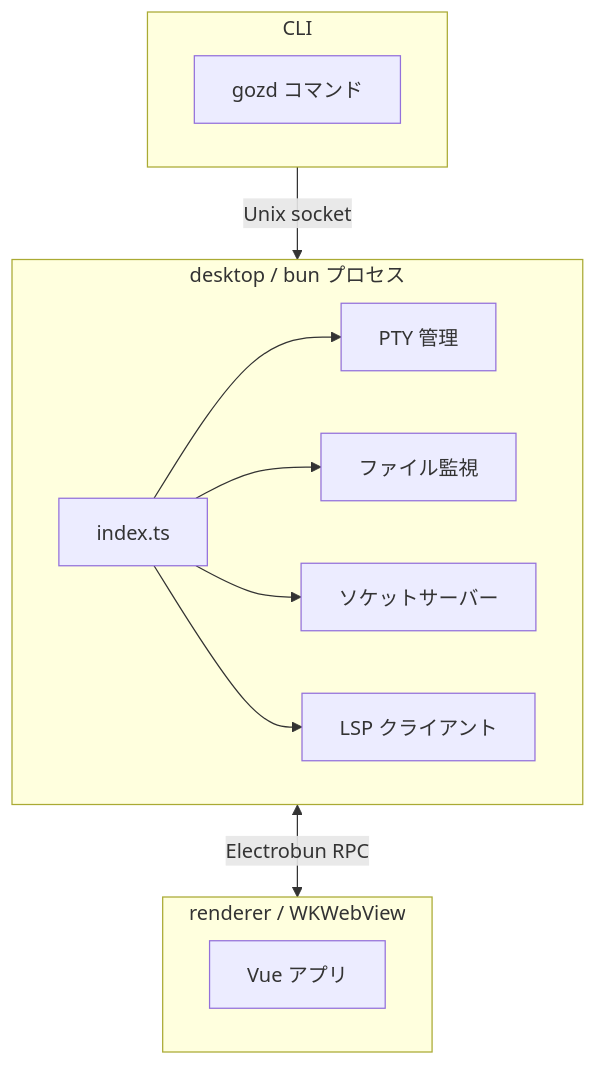
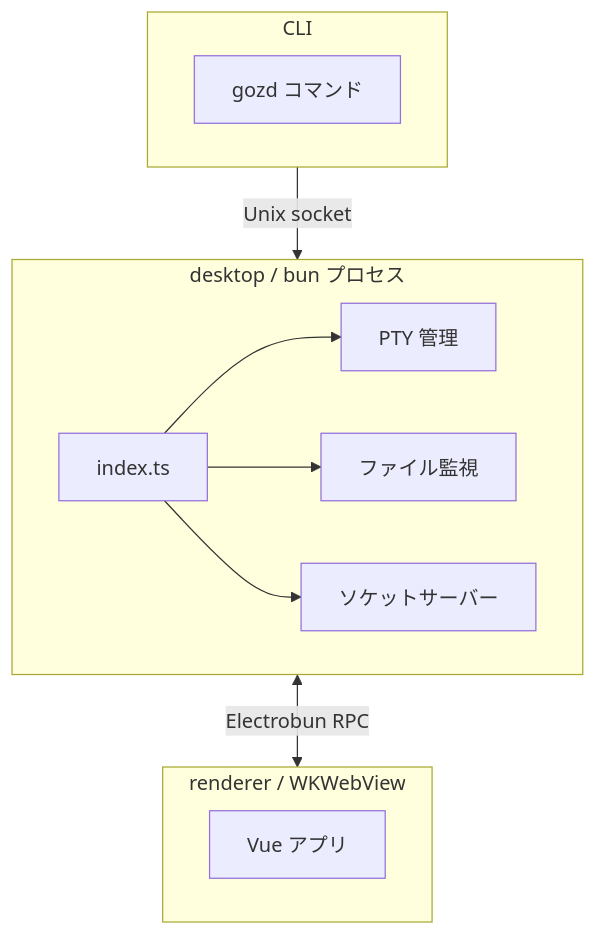
Before and after one commit to miyaoka/orkis: the diagram in docs/electrobun.md, drawn with Mermaid. The commit also changed other lines of this file and 22 other files, not shown here.

First line of the commit message:
remove(deps): remove LSP, diagnostics, and mermaid

````diff
--- a/docs/electrobun.md
+++ b/docs/electrobun.md
@@ -14,25 +14,23 @@
 ```mermaid
 flowchart TB
     subgraph desktop [desktop / bun プロセス]
         MAIN[index.ts]
         PTY[PTY 管理]
         WATCH[ファイル監視]
         SOCKET[ソケットサーバー]
-        LSP[LSP クライアント]
         MAIN --> PTY
         MAIN --> WATCH
         MAIN --> SOCKET
-        MAIN --> LSP
     end
 
     subgraph renderer [renderer / WKWebView]
         VUE[Vue アプリ]
     end
 
     subgraph cli [CLI]
         GOZD[gozd コマンド]
     end
 
     desktop <-->|Electrobun RPC| renderer
     cli -->|Unix socket| desktop
 ```
````
